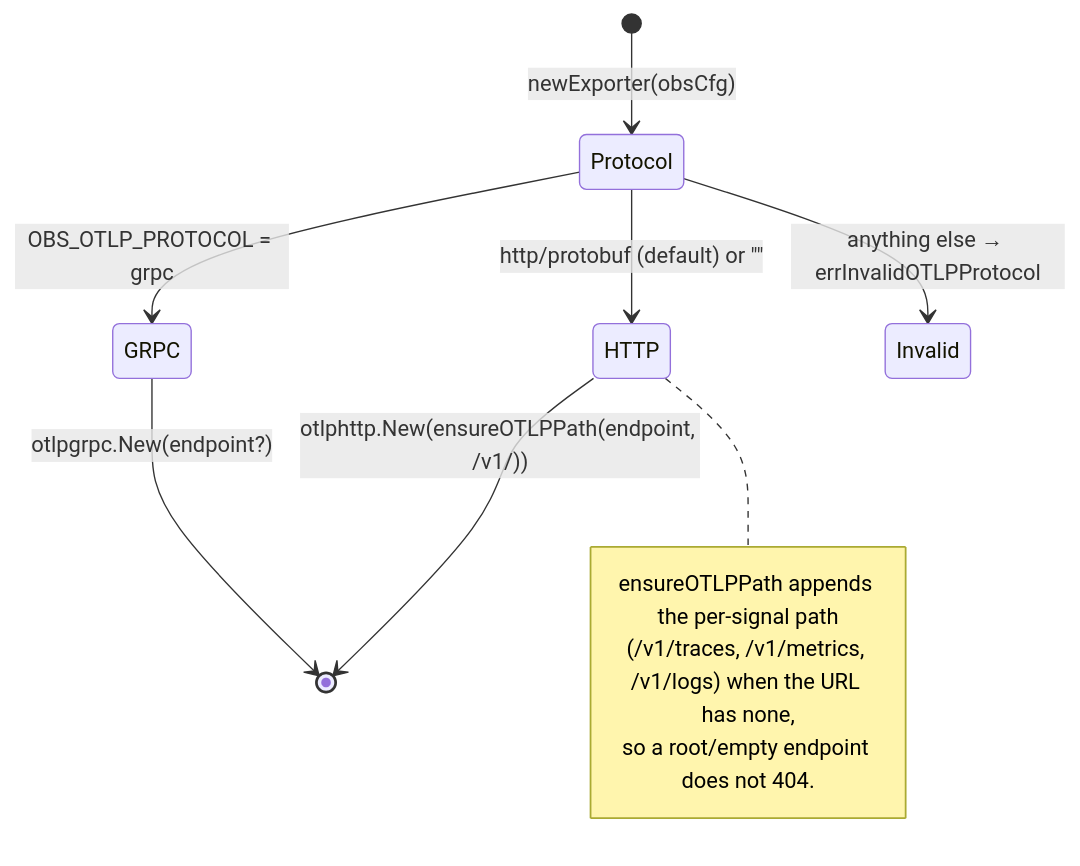
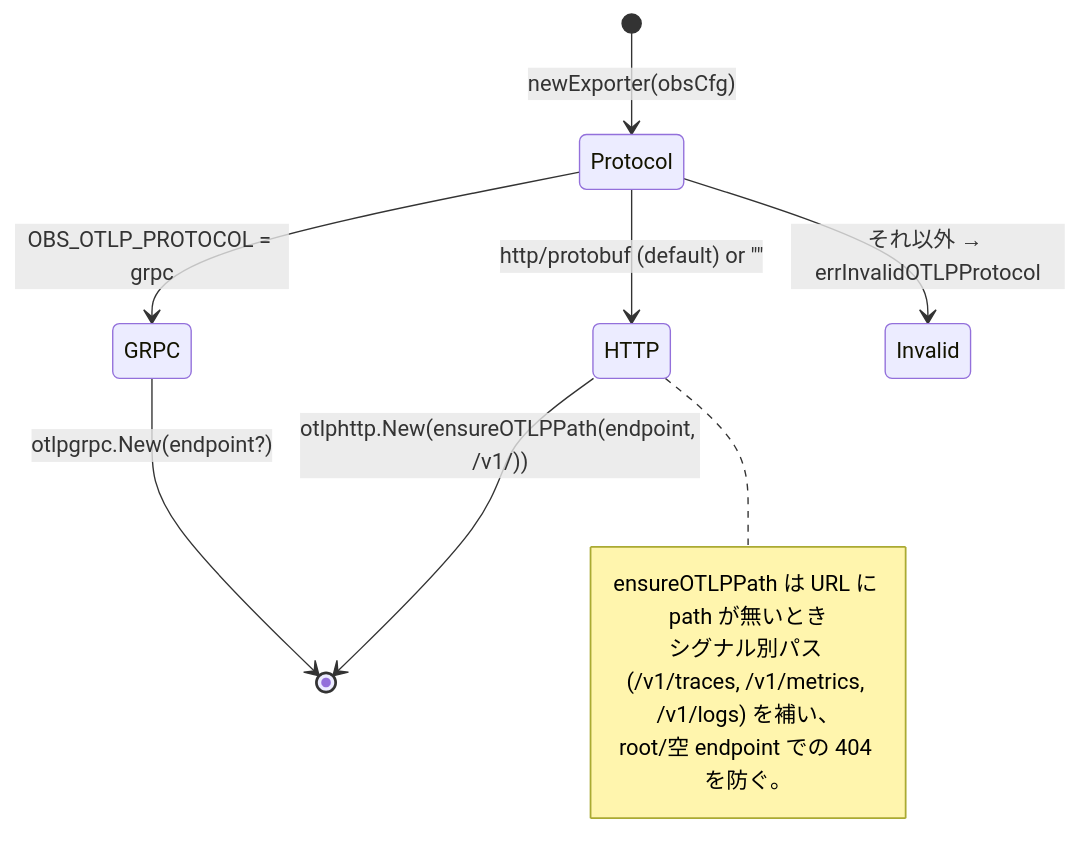
One commit to Tomy-ch/go-boilerplate changed the second of 4 diagrams in docs/design/observability.md. Above: the diagram before and after it, drawn with Mermaid. The commit also changed other lines of this file and 970 other files, not shown here.

````diff
--- a/docs/design/observability.md
+++ b/docs/design/observability.md
@@ -62,15 +62,15 @@
 ```mermaid
 stateDiagram-v2
     [*] --> Protocol: new<Signal>Exporter(obsCfg)
     Protocol --> GRPC: OBS_OTLP_PROTOCOL = grpc
     Protocol --> HTTP: http/protobuf (default) or ""
-    Protocol --> Invalid: anything else → errInvalidOTLPProtocol
+    Protocol --> Invalid: それ以外 → errInvalidOTLPProtocol
     GRPC --> [*]: otlp<signal>grpc.New(endpoint?)
     HTTP --> [*]: otlp<signal>http.New(ensureOTLPPath(endpoint, /v1/<signal>))
 
     note right of HTTP
-      ensureOTLPPath appends the per-signal path
-      (/v1/traces, /v1/metrics, /v1/logs) when the URL has none,
-      so a root/empty endpoint does not 404.
+      ensureOTLPPath は URL に path が無いとき
+      シグナル別パス (/v1/traces, /v1/metrics, /v1/logs) を補い、
+      root/空 endpoint での 404 を防ぐ。
     end note
 ```
````
